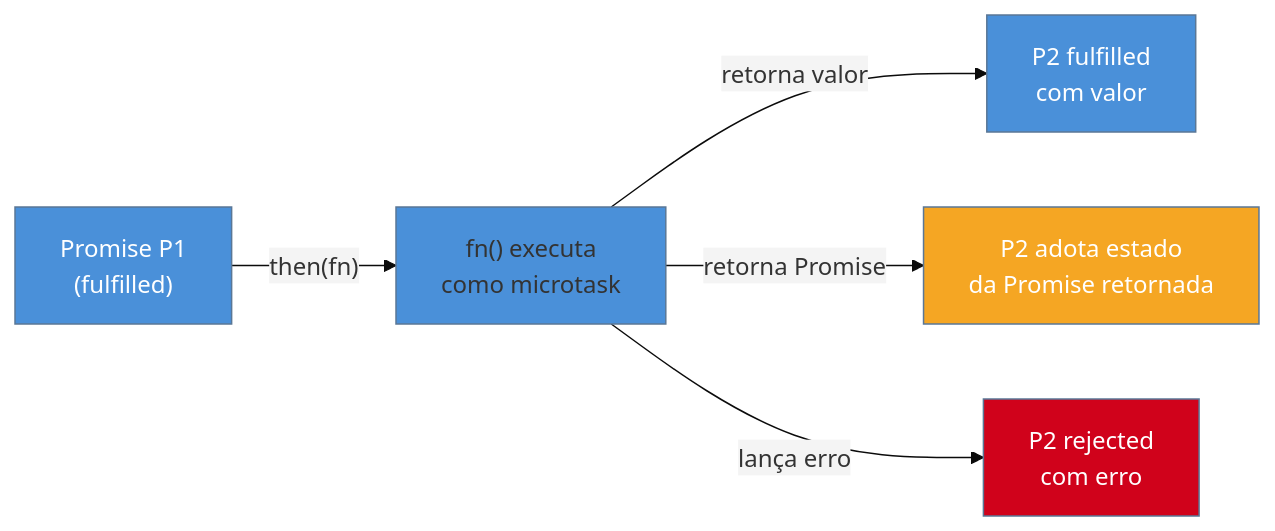
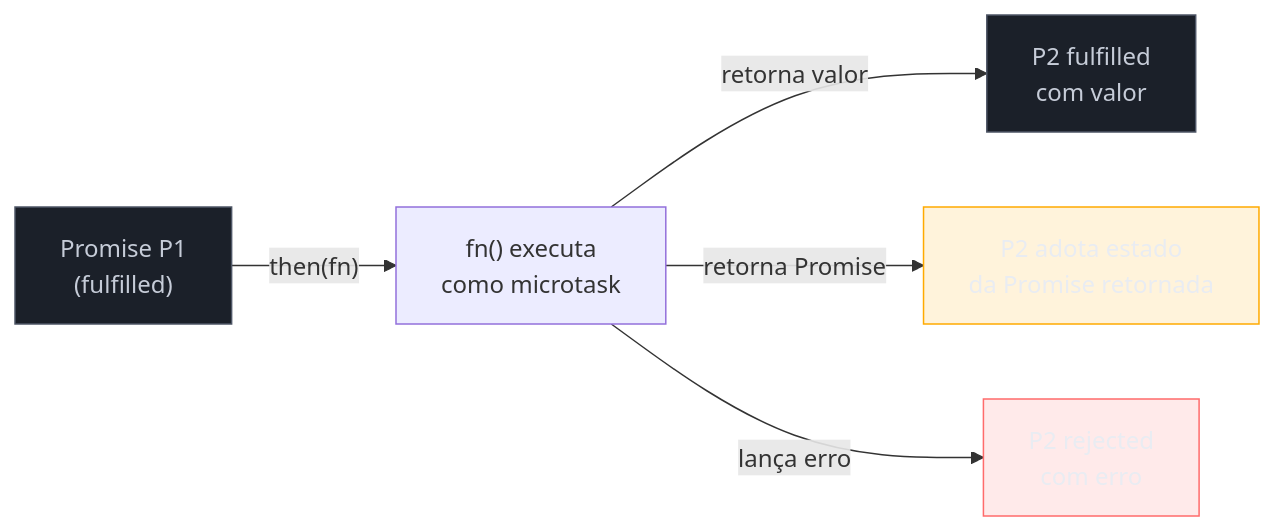
One commit to josenaldo/codex-technomanticus changed the second of 3 diagrams in 03-Dominios/Tecnologia/JavaScript/14 - Promises.md. Above: the diagram before and after it, drawn with Mermaid. The commit also changed other lines of this file and 1181 other files, not shown here.

First line of the commit message:
fix(diagramas): paleta do sistema no lugar de cor cravada no markdown

````diff
--- a/03-Dominios/Tecnologia/JavaScript/14 - Promises.md
+++ b/03-Dominios/Tecnologia/JavaScript/14 - Promises.md
@@ -244,13 +243,15 @@
 ```mermaid
-%%{init: {"theme": "base", "themeVariables": {"primaryColor": "#4A90D9", "edgeLabelBackground": "#f4f4f4"}}}%%
 flowchart LR
+    classDef neutro fill:#1B2029,stroke:#4E5666,color:#C6CCD8
+    classDef destaque fill:#FFAA0024,stroke:#FFAA00,color:#E9ECF2
+    classDef falha fill:#FF6B6B24,stroke:#FF6B6B,color:#E9ECF2
     A["Promise P1\n(fulfilled)"] -->|"then(fn)"| B["fn() executa\ncomo microtask"]
     B -->|"retorna valor"| C["P2 fulfilled\ncom valor"]
     B -->|"retorna Promise"| D["P2 adota estado\nda Promise retornada"]
     B -->|"lança erro"| E["P2 rejected\ncom erro"]
 
-    style A fill:#4A90D9,color:#fff
-    style C fill:#4A90D9,color:#fff
-    style D fill:#F5A623,color:#fff
-    style E fill:#D0021B,color:#fff
+    class A neutro
+    class C neutro
+    class D destaque
+    class E falha
 ```
````
